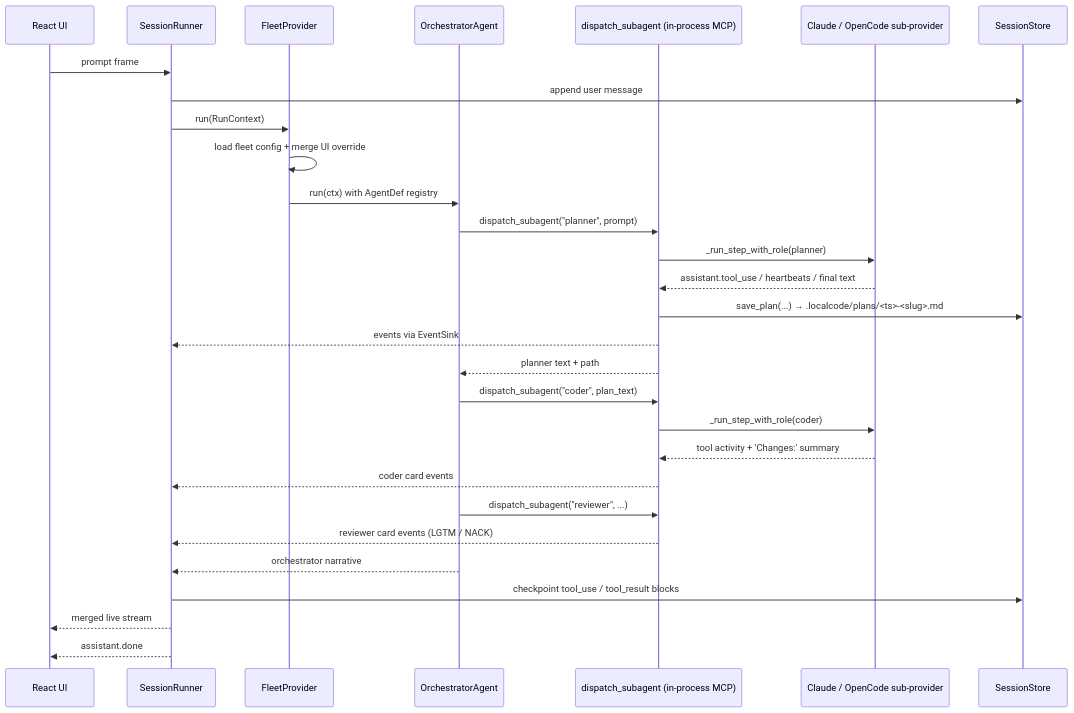
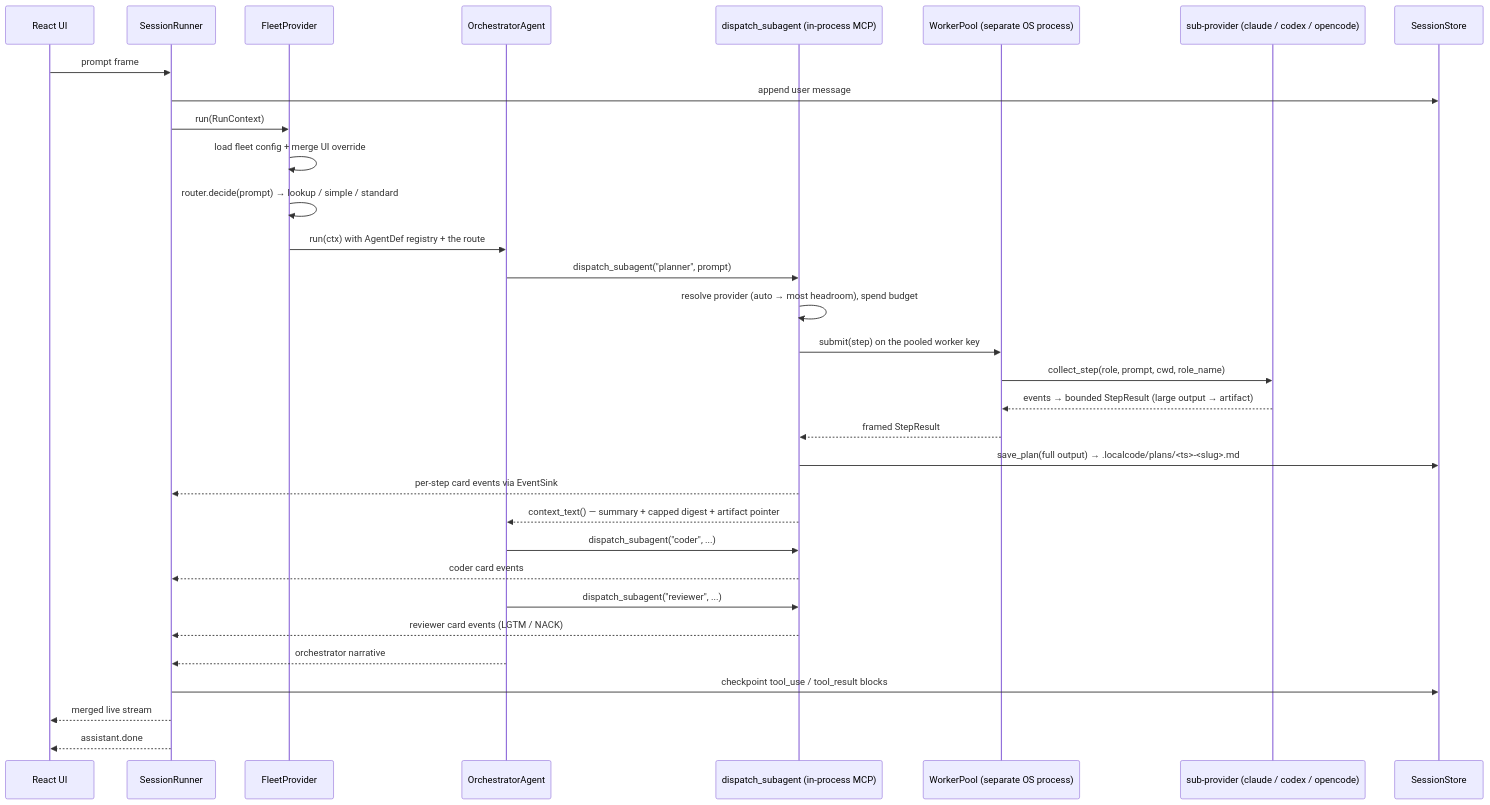
The second of 4 diagrams in docs/architecture.md (cartmancodes/LocalCode), drawn with Mermaid before and after one commit. The commit also changed other lines of this file and 5 other files, not shown here.

````diff
--- a/docs/architecture.md
+++ b/docs/architecture.md
@@ -773,32 +1138,35 @@
 ```mermaid
 sequenceDiagram
     participant UI as React UI
     participant R as SessionRunner
     participant F as FleetProvider
     participant O as OrchestratorAgent
     participant MCP as dispatch_subagent (in-process MCP)
-    participant Sub as Claude / OpenCode sub-provider
+    participant W as WorkerPool (separate OS process)
+    participant Sub as sub-provider (claude / codex / opencode)
     participant S as SessionStore
 
     UI->>R: prompt frame
     R->>S: append user message
     R->>F: run(RunContext)
     F->>F: load fleet config + merge UI override
-    F->>O: run(ctx) with AgentDef registry
+    F->>F: router.decide(prompt) → lookup / simple / standard
+    F->>O: run(ctx) with AgentDef registry + the route
     O->>MCP: dispatch_subagent("planner", prompt)
-    MCP->>Sub: _run_step_with_role(planner)
-    Sub-->>MCP: assistant.tool_use / heartbeats / final text
-    MCP->>S: save_plan(...) → .localcode/plans/<ts>-<slug>.md
-    MCP-->>R: events via EventSink
-    MCP-->>O: planner text + path
-    O->>MCP: dispatch_subagent("coder", plan_text)
-    MCP->>Sub: _run_step_with_role(coder)
-    Sub-->>MCP: tool activity + 'Changes:' summary
+    MCP->>MCP: resolve provider (auto → most headroom), spend budget
+    MCP->>W: submit(step) on the pooled worker key
+    W->>Sub: collect_step(role, prompt, cwd, role_name)
+    Sub-->>W: events → bounded StepResult (large output → artifact)
+    W-->>MCP: framed StepResult
+    MCP->>S: save_plan(full output) → .localcode/plans/<ts>-<slug>.md
+    MCP-->>R: per-step card events via EventSink
+    MCP-->>O: context_text() — summary + capped digest + artifact pointer
+    O->>MCP: dispatch_subagent("coder", ...)
     MCP-->>R: coder card events
     O->>MCP: dispatch_subagent("reviewer", ...)
     MCP-->>R: reviewer card events (LGTM / NACK)
     O-->>R: orchestrator narrative
     R->>S: checkpoint tool_use / tool_result blocks
     R-->>UI: merged live stream
     R-->>UI: assistant.done
 ```
````
